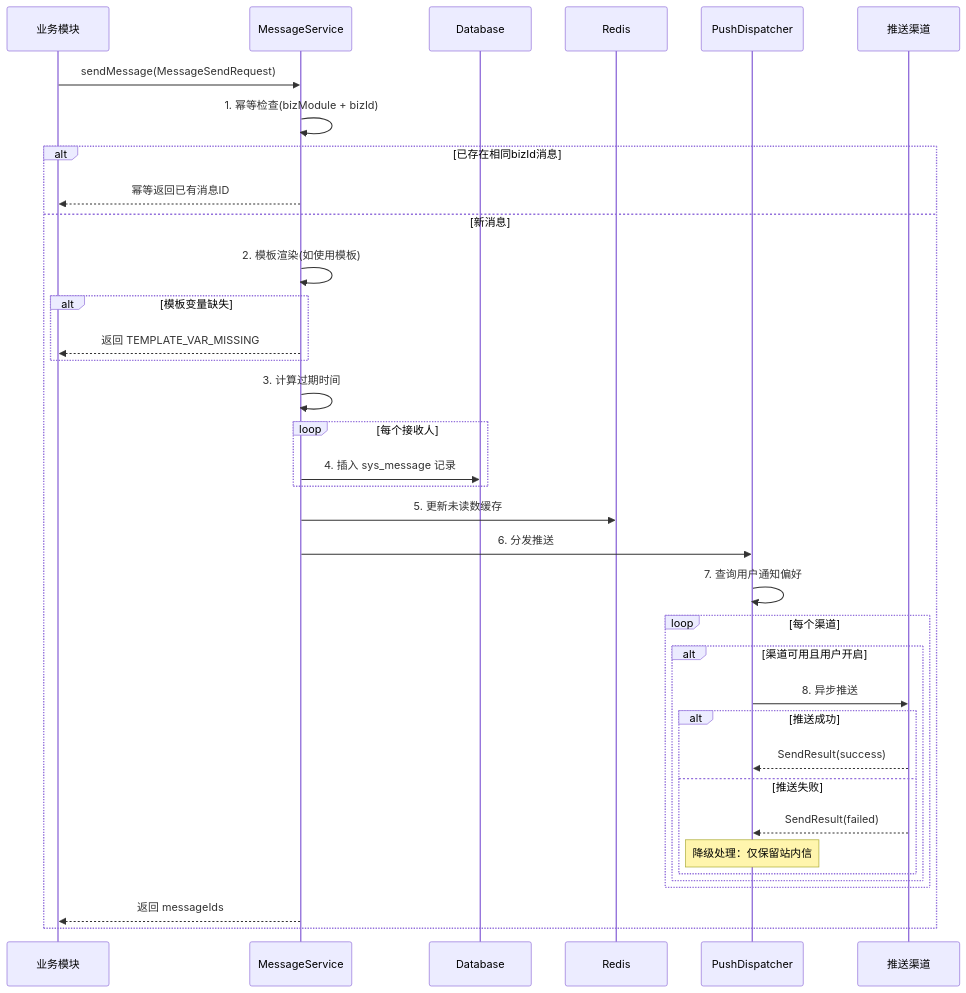
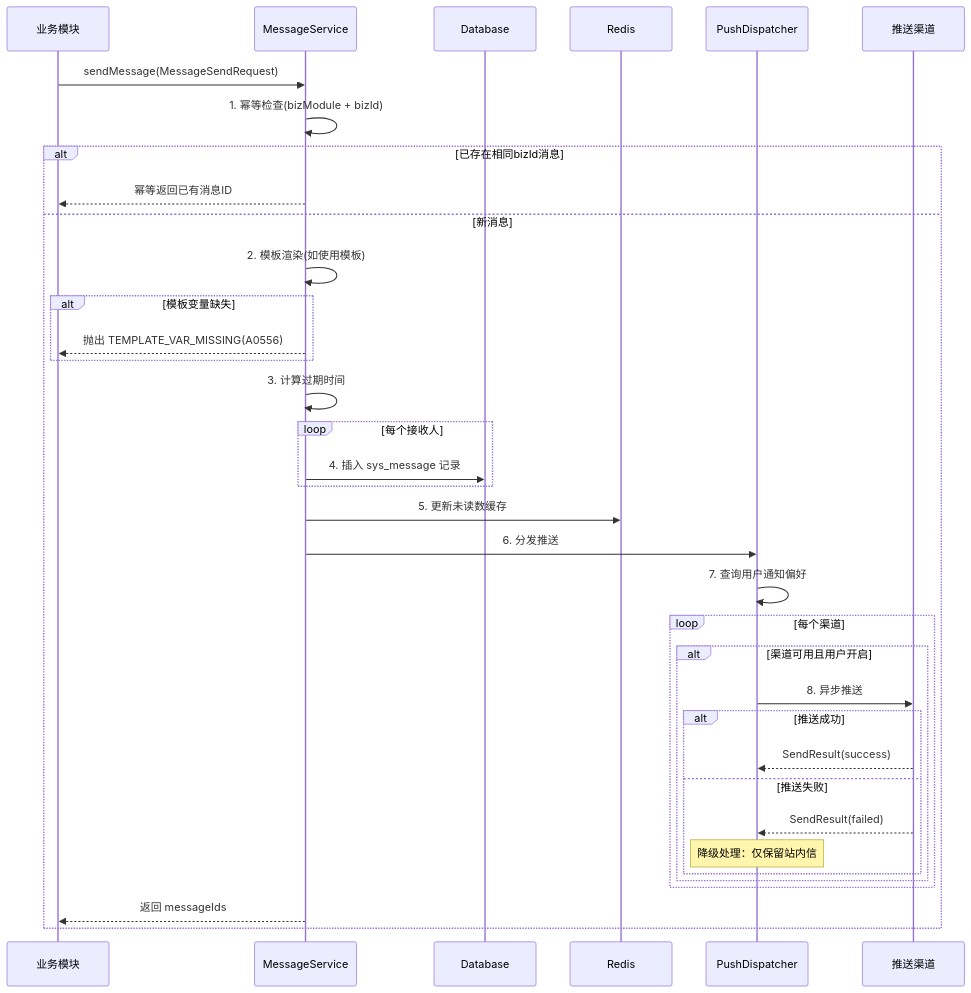
Before and after one commit to earthy-zinc/dehaze-system: the second of 3 diagrams in dehaze-doc/docs/03-模块设计/基础模块/消息通知/后端实现.md, drawn with Mermaid. The commit also changed other lines of this file and 17 other files, not shown here.

````diff
--- a/dehaze-doc/docs/03-模块设计/基础模块/消息通知/后端实现.md
+++ b/dehaze-doc/docs/03-模块设计/基础模块/消息通知/后端实现.md
@@ -165,39 +180,39 @@
 ```mermaid
 sequenceDiagram
     participant Biz as 业务模块
     participant MS as MessageService
     participant DB as Database
     participant Cache as Redis
     participant Dispatcher as PushDispatcher
     participant Channel as 推送渠道
 
     Biz->>MS: sendMessage(MessageSendRequest)
     MS->>MS: 1. 幂等检查(bizModule + bizId)
     alt 已存在相同bizId消息
         MS-->>Biz: 幂等返回已有消息ID
     else 新消息
         MS->>MS: 2. 模板渲染(如使用模板)
         alt 模板变量缺失
-            MS-->>Biz: 返回 TEMPLATE_VAR_MISSING
+            MS-->>Biz: 抛出 TEMPLATE_VAR_MISSING(A0556)
         end
         MS->>MS: 3. 计算过期时间
         loop 每个接收人
             MS->>DB: 4. 插入 sys_message 记录
         end
         MS->>Cache: 5. 更新未读数缓存
         MS->>Dispatcher: 6. 分发推送
         Dispatcher->>Dispatcher: 7. 查询用户通知偏好
         loop 每个渠道
             alt 渠道可用且用户开启
                 Dispatcher->>Channel: 8. 异步推送
                 alt 推送成功
                     Channel-->>Dispatcher: SendResult(success)
                 else 推送失败
                     Channel-->>Dispatcher: SendResult(failed)
                     Note over Dispatcher: 降级处理：仅保留站内信
                 end
             end
         end
         MS-->>Biz: 返回 messageIds
     end
 ```
````
